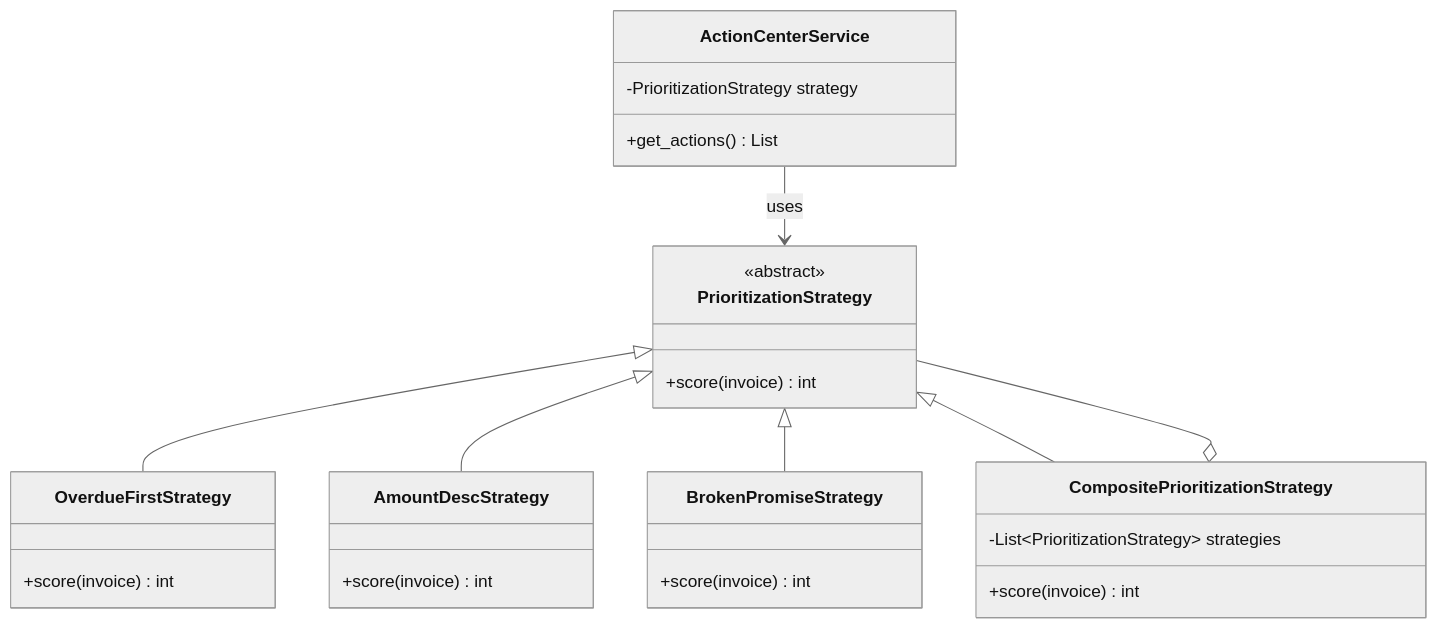
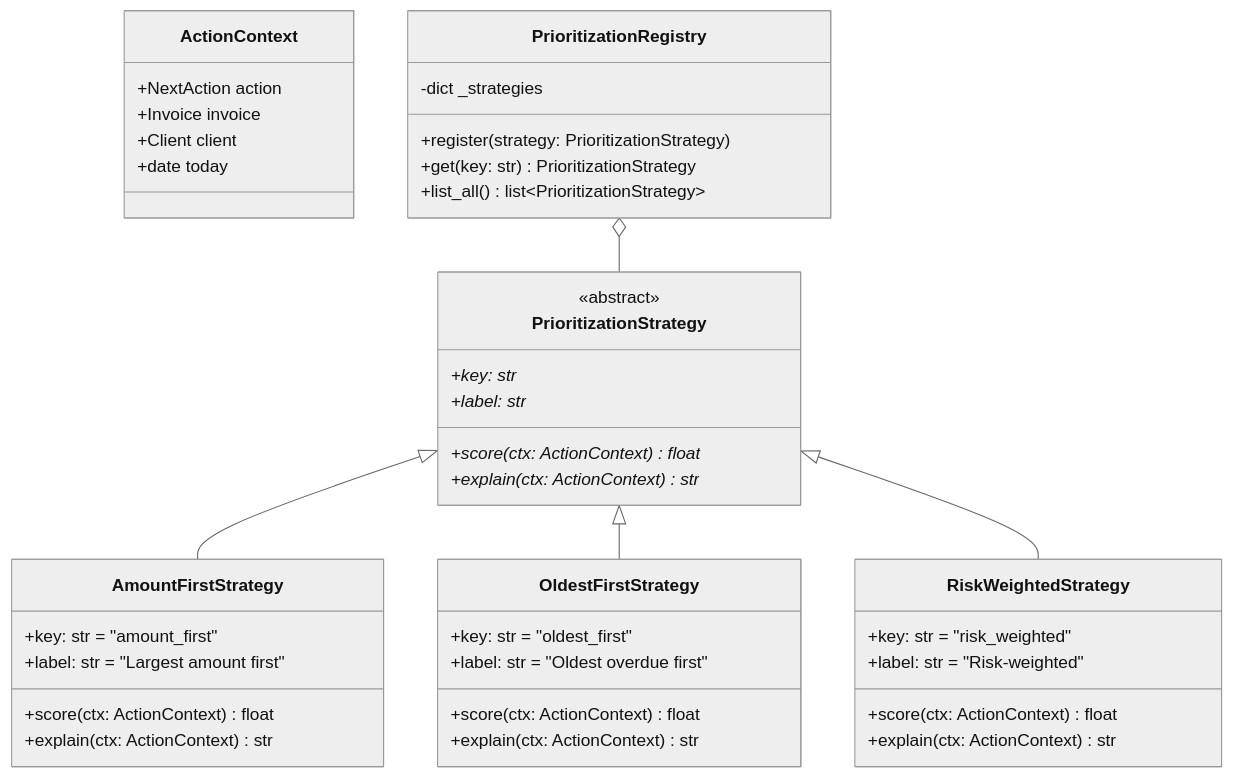
One commit to Anupam-hash926/DuePing changed the second of 8 diagrams in docs/uml/03-patterns.md. Above: the diagram before and after it, drawn with Mermaid (neutral theme). The commit also changed other lines of this file and 18 other files, not shown here.

Commit message:
phase 1: docs and uml match the code

````diff
--- a/docs/uml/03-patterns.md
+++ b/docs/uml/03-patterns.md
@@ -46,36 +53,50 @@
 ```mermaid
 classDiagram
+    class ActionContext {
+        +NextAction action
+        +Invoice invoice
+        +Client client
+        +date today
+    }
+
     class PrioritizationStrategy {
         <<abstract>>
-        +score(invoice) int
+        +key: str*
+        +label: str*
+        +score(ctx: ActionContext)* float
+        +explain(ctx: ActionContext)* str
     }
 
-    class OverdueFirstStrategy {
-        +score(invoice) int
+    class AmountFirstStrategy {
+        +key: str = "amount_first"
+        +label: str = "Largest amount first"
+        +score(ctx: ActionContext) float
+        +explain(ctx: ActionContext) str
     }
 
-    class AmountDescStrategy {
-        +score(invoice) int
+    class OldestFirstStrategy {
+        +key: str = "oldest_first"
+        +label: str = "Oldest overdue first"
+        +score(ctx: ActionContext) float
+        +explain(ctx: ActionContext) str
     }
 
-    class BrokenPromiseStrategy {
-        +score(invoice) int
+    class RiskWeightedStrategy {
+        +key: str = "risk_weighted"
+        +label: str = "Risk-weighted"
+        +score(ctx: ActionContext) float
+        +explain(ctx: ActionContext) str
     }
 
-    class CompositePrioritizationStrategy {
-        -List~PrioritizationStrategy~ strategies
-        +score(invoice) int
+    class PrioritizationRegistry {
+        -dict _strategies
+        +register(strategy: PrioritizationStrategy)
+        +get(key: str) PrioritizationStrategy
+        +list_all() list~PrioritizationStrategy~
     }
 
-    class ActionCenterService {
-        -PrioritizationStrategy strategy
-        +get_actions() List
-    }
-
-    PrioritizationStrategy <|-- OverdueFirstStrategy
-    PrioritizationStrategy <|-- AmountDescStrategy
-    PrioritizationStrategy <|-- BrokenPromiseStrategy
-    PrioritizationStrategy <|-- CompositePrioritizationStrategy
-    CompositePrioritizationStrategy o-- PrioritizationStrategy
-    ActionCenterService --> PrioritizationStrategy : uses
+    PrioritizationStrategy <|-- AmountFirstStrategy
+    PrioritizationStrategy <|-- OldestFirstStrategy
+    PrioritizationStrategy <|-- RiskWeightedStrategy
+    PrioritizationRegistry o-- PrioritizationStrategy
 ```
````
